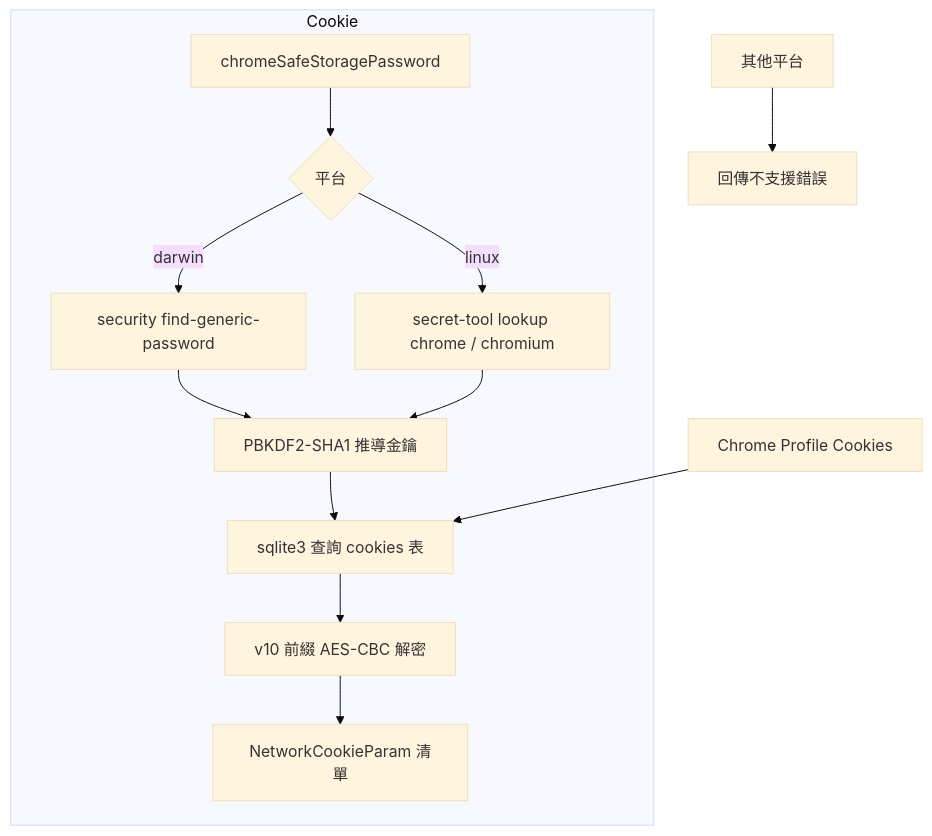
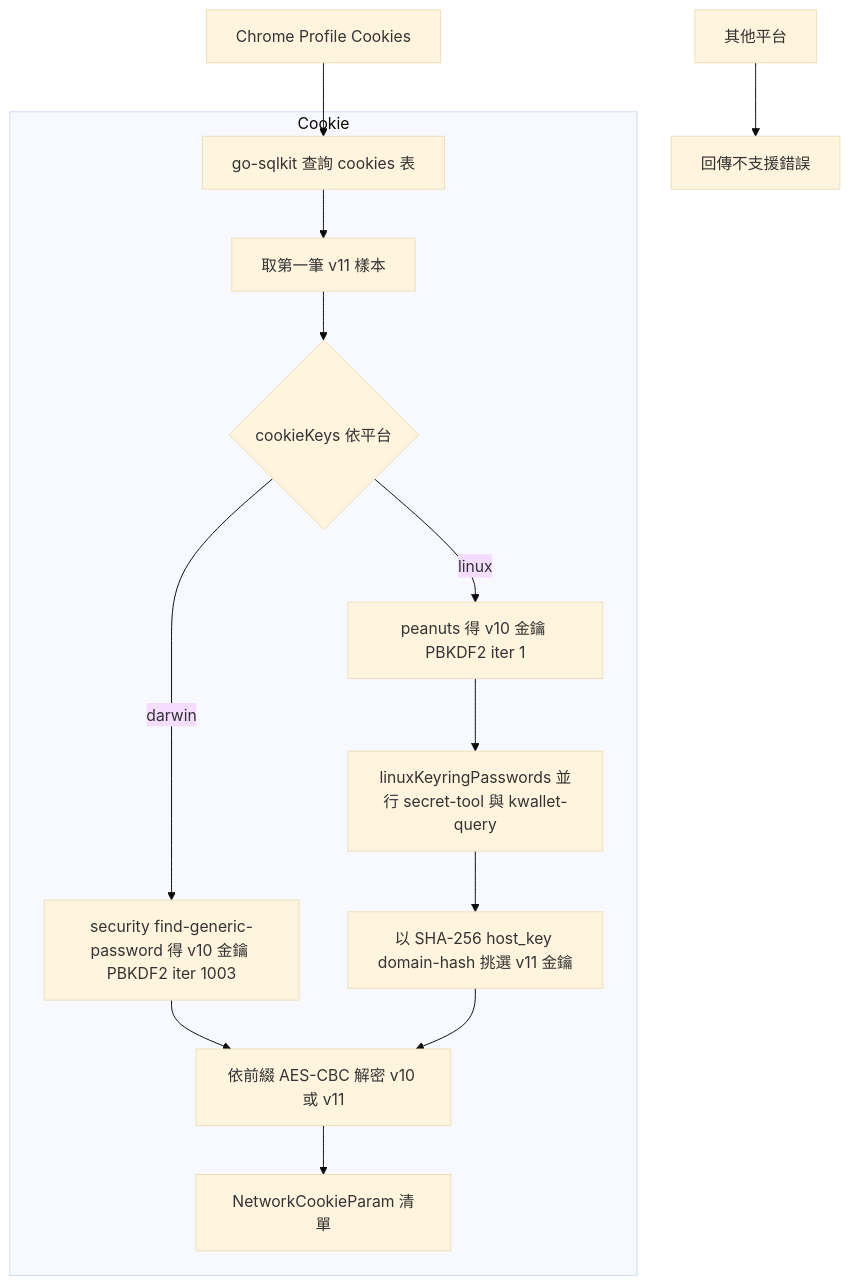
One commit to pardnchiu/go-browser changed the fifth of 8 diagrams in doc/architecture.zh.md. Above: the diagram before and after it, drawn with Mermaid (base theme). The commit also changed other lines of this file and 3 other files, not shown here.

Commit message:
doc: Sync cookie and SameSession docs for Linux v11 and go-sqlkit

````diff
--- a/doc/architecture.zh.md
+++ b/doc/architecture.zh.md
@@ -116,15 +116,16 @@
 ```mermaid
 graph TB
     subgraph Cookie
-        A[chromeSafeStoragePassword] --> B{平台}
-        B -->|darwin| C[security find-generic-password]
-        B -->|linux| D[secret-tool lookup chrome / chromium]
-        C --> E[PBKDF2-SHA1 推導金鑰]
-        D --> E
-        E --> F[sqlite3 查詢 cookies 表]
-        F --> G[v10 前綴 AES-CBC 解密]
-        G --> H[NetworkCookieParam 清單]
+        Q[go-sqlkit 查詢 cookies 表] --> S[取第一筆 v11 樣本]
+        S --> K{cookieKeys 依平台}
+        K -->|darwin| C[security find-generic-password 得 v10 金鑰 PBKDF2 iter 1003]
+        K -->|linux| L[peanuts 得 v10 金鑰 PBKDF2 iter 1]
+        L --> KR[linuxKeyringPasswords 並行 secret-tool 與 kwallet-query]
+        KR --> M[以 SHA-256 host_key domain-hash 挑選 v11 金鑰]
+        C --> D[依前綴 AES-CBC 解密 v10 或 v11]
+        M --> D
+        D --> H[NetworkCookieParam 清單]
     end
-    Profile[Chrome Profile Cookies] --> F
+    Profile[Chrome Profile Cookies] --> Q
     Other[其他平台] --> Unsupported[回傳不支援錯誤]
 ```
````
